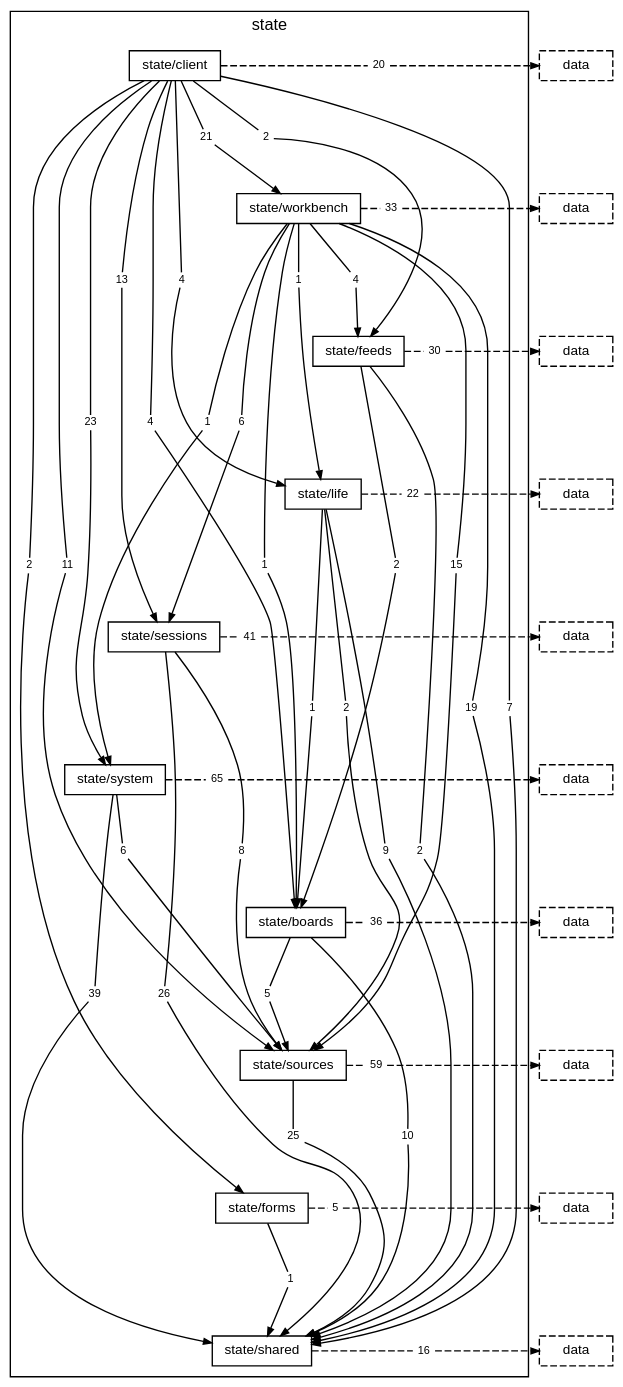
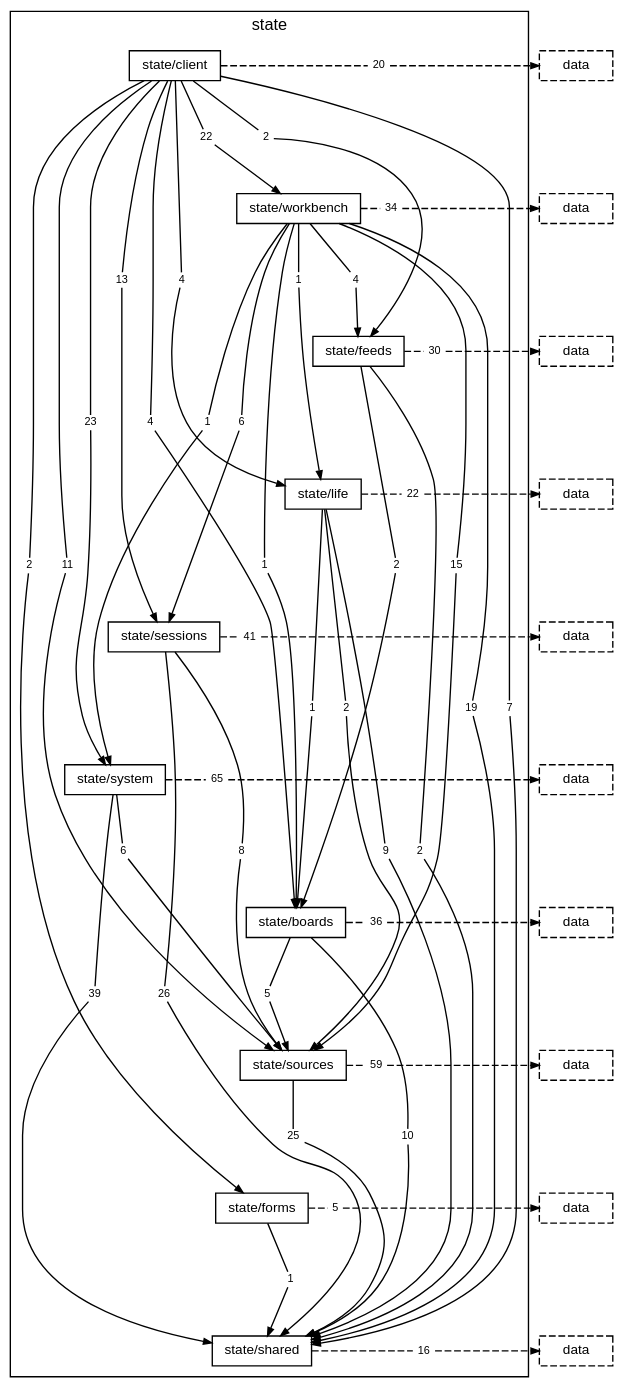
Before and after one commit to TheAxeC/oculus: the diagram in docs/diagrams/layer-state.dot, drawn with Graphviz. The commit also changed 47 other files, not shown here.

```diff
--- a/docs/diagrams/layer-state.dot
+++ b/docs/diagrams/layer-state.dot
@@ -22,7 +22,7 @@
         "folder state/client to folder state/shared" [label="7", shape=box, color="transparent", fontsize=8, width=0, height=0, margin="0.04,0.02"];
         "folder state/client to folder state/sources" [label="11", shape=box, color="transparent", fontsize=8, width=0, height=0, margin="0.04,0.02"];
         "folder state/client to folder state/system" [label="23", shape=box, color="transparent", fontsize=8, width=0, height=0, margin="0.04,0.02"];
-        "folder state/client to folder state/workbench" [label="21", shape=box, color="transparent", fontsize=8, width=0, height=0, margin="0.04,0.02"];
+        "folder state/client to folder state/workbench" [label="22", shape=box, color="transparent", fontsize=8, width=0, height=0, margin="0.04,0.02"];
         "folder state/client to layer data" [label="20", shape=box, color="transparent", fontsize=8, width=0, height=0, margin="0.04,0.02"];
         "folder state/workbench to folder state/boards" [label="1", shape=box, color="transparent", fontsize=8, width=0, height=0, margin="0.04,0.02"];
         "folder state/workbench to folder state/feeds" [label="4", shape=box, color="transparent", fontsize=8, width=0, height=0, margin="0.04,0.02"];
@@ -31,7 +31,7 @@
         "folder state/workbench to folder state/shared" [label="19", shape=box, color="transparent", fontsize=8, width=0, height=0, margin="0.04,0.02"];
         "folder state/workbench to folder state/sources" [label="15", shape=box, color="transparent", fontsize=8, width=0, height=0, margin="0.04,0.02"];
         "folder state/workbench to folder state/system" [label="1", shape=box, color="transparent", fontsize=8, width=0, height=0, margin="0.04,0.02"];
-        "folder state/workbench to layer data" [label="33", shape=box, color="transparent", fontsize=8, width=0, height=0, margin="0.04,0.02"];
+        "folder state/workbench to layer data" [label="34", shape=box, color="transparent", fontsize=8, width=0, height=0, margin="0.04,0.02"];
         "folder state/feeds to folder state/boards" [label="2", shape=box, color="transparent", fontsize=8, width=0, height=0, margin="0.04,0.02"];
         "folder state/feeds to folder state/shared" [label="2", shape=box, color="transparent", fontsize=8, width=0, height=0, margin="0.04,0.02"];
         "folder state/feeds to layer data" [label="30", shape=box, color="transparent", fontsize=8, width=0, height=0, margin="0.04,0.02"];
```
